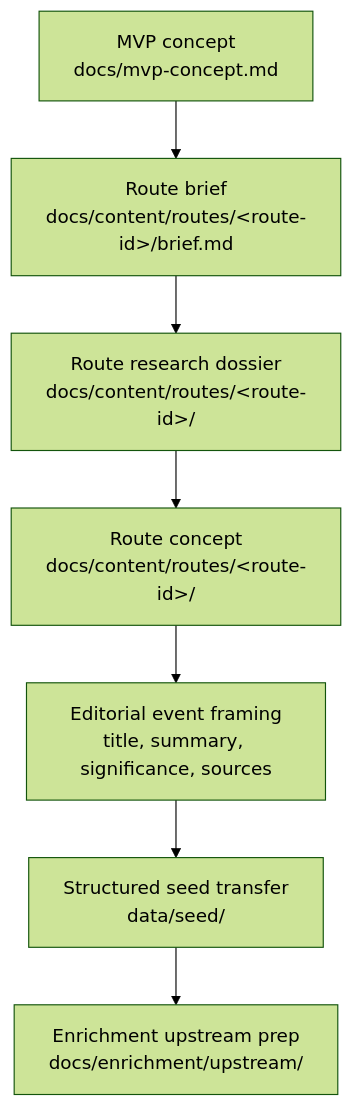
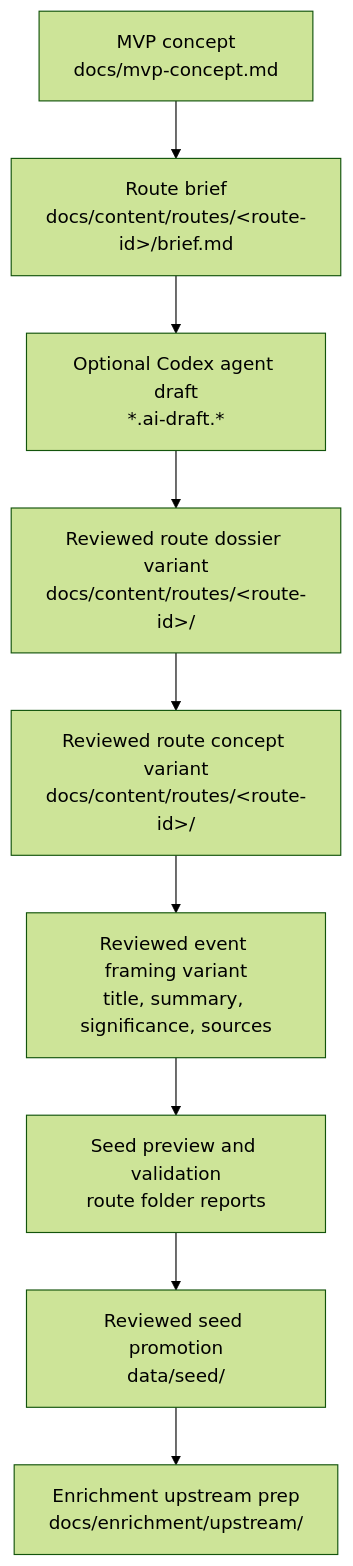
The diagram in docs/content/editorial-workflow.md (gititinyoursoul/soundatlas), drawn with Mermaid (forest theme) before and after one commit. The commit also changed other lines of this file and 7 other files, not shown here.

First line of the commit message:
docs(content): document route agent workflow

````diff
--- a/docs/content/editorial-workflow.md
+++ b/docs/content/editorial-workflow.md
@@ -17,9 +18,11 @@
 ```mermaid
 flowchart TD
   A["MVP concept<br/>docs/mvp-concept.md"] --> B["Route brief<br/>docs/content/routes/&lt;route-id&gt;/brief.md"]
-  B --> C["Route research dossier<br/>docs/content/routes/&lt;route-id&gt;/"]
-  C --> D["Route concept<br/>docs/content/routes/&lt;route-id&gt;/"]
-  D --> E["Editorial event framing<br/>title, summary, significance, sources"]
-  E --> F["Structured seed transfer<br/>data/seed/"]
+  B --> I["Optional Codex agent draft<br/>*.ai-draft.*"]
+  I --> C["Reviewed route dossier variant<br/>docs/content/routes/&lt;route-id&gt;/"]
+  C --> D["Reviewed route concept variant<br/>docs/content/routes/&lt;route-id&gt;/"]
+  D --> E["Reviewed event framing variant<br/>title, summary, significance, sources"]
+  E --> H["Seed preview and validation<br/>route folder reports"]
+  H --> F["Reviewed seed promotion<br/>data/seed/"]
   F --> G["Enrichment upstream prep<br/>docs/enrichment/upstream/"]
 ```
````
